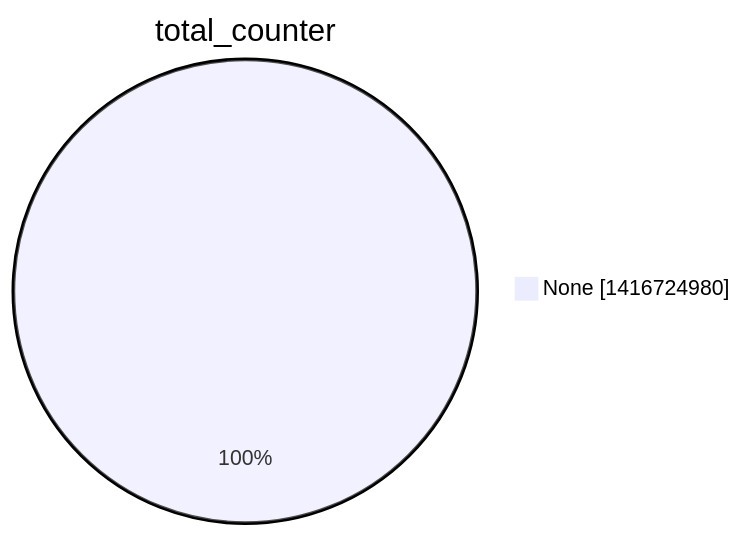
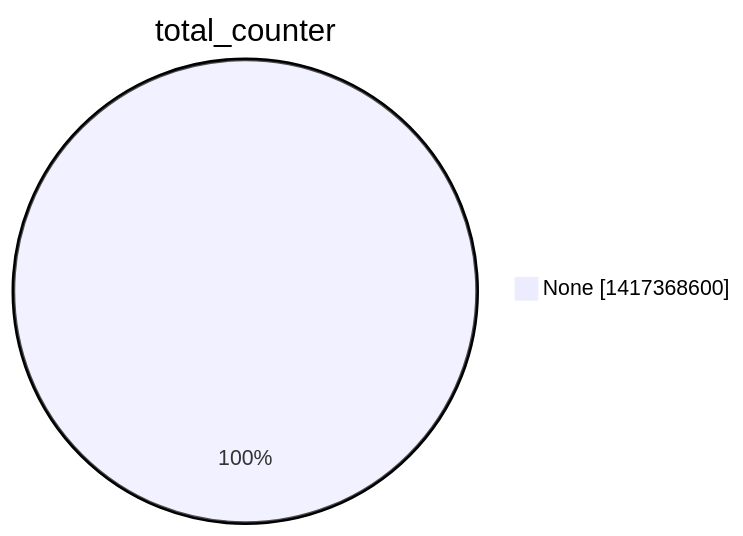
One commit to christiankrug/ctmonitor_visualization changed the second of 15 diagrams in argon2022/README.md. Above: the diagram before and after it, drawn with Mermaid. The commit also changed other lines of this file, not shown here.

````diff
--- a/argon2022/README.md
+++ b/argon2022/README.md
@@ -9,5 +9,5 @@
 ```mermaid
 pie showData
 title total_counter
-"None" :1416724980
+"None" :1417368600
 ```
````
